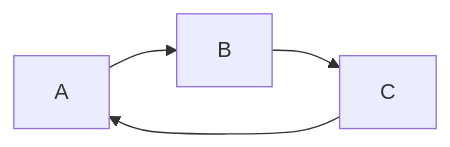
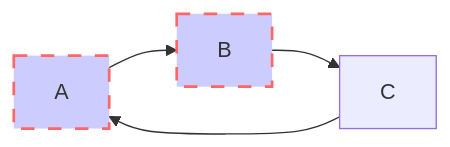
One commit to Verdvana/Verdvana.github.io changed the diagram in _posts/2023-8-14-Python语法与实例.md. Above: the diagram before and after it, drawn with Mermaid. The commit also changed other lines of this file, not shown here.

````diff
--- a/_posts/2023-8-14-Python语法与实例.md
+++ b/_posts/2023-8-14-Python语法与实例.md
@@ -815,6 +815,8 @@
 ```mermaid
 graph LR
+style A fill:#ccf,stroke:#f66,stroke-width:2px,stroke-dasharray: 10,5
+style B fill:#ccf,stroke:#f66,stroke-width:2px,stroke-dasharray: 10,5
     A --> B;
     B --> C;
     C --> A;
 ```
````
